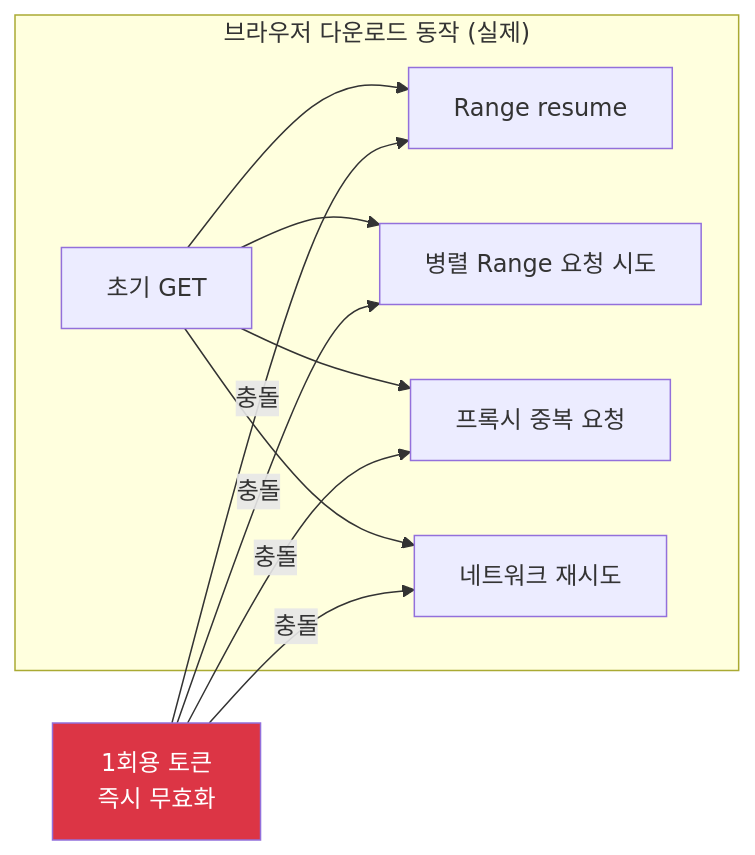
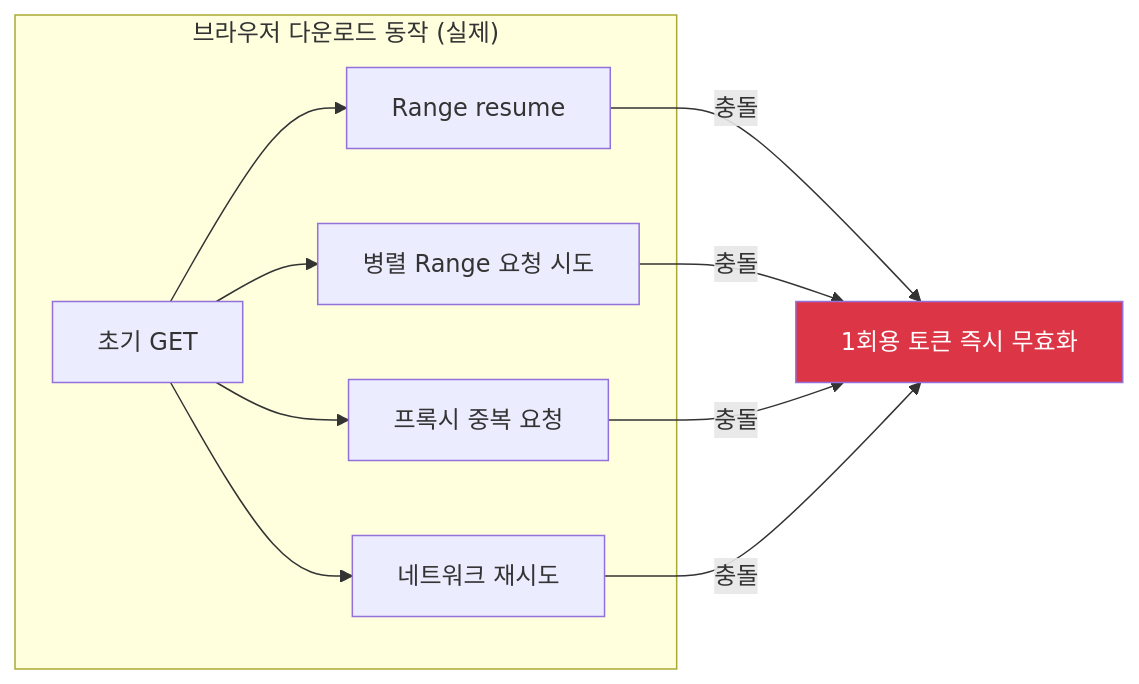
One commit to Cloud-Sharp/docs changed the sixth of 11 diagrams in docs/설계/pipeline/다운로드 파이프라인.md. Above: the diagram before and after it, drawn with Mermaid. The commit also changed other lines of this file, not shown here.

Commit message:
Clarify token invalidation flow in download pipeline

````diff
--- a/docs/설계/pipeline/다운로드 파이프라인.md
+++ b/docs/설계/pipeline/다운로드 파이프라인.md
@@ -305,17 +305,16 @@
 ```mermaid
 flowchart LR
     subgraph "브라우저 다운로드 동작 (실제)"
         A["초기 GET"] --> B["Range resume"]
         A --> C["병렬 Range 요청 시도"]
         A --> D["프록시 중복 요청"]
         A --> E["네트워크 재시도"]
     end
 
-    F["1회용 토큰
-    즉시 무효화"] -->|충돌| B
-    F -->|충돌| C
-    F -->|충돌| D
-    F -->|충돌| E
+    B -->|충돌| F["1회용 토큰 즉시 무효화"]
+    C -->|충돌| F
+    D -->|충돌| F
+    E -->|충돌| F
 
     style F fill:#dc3545,color:#fff
 ```
````
